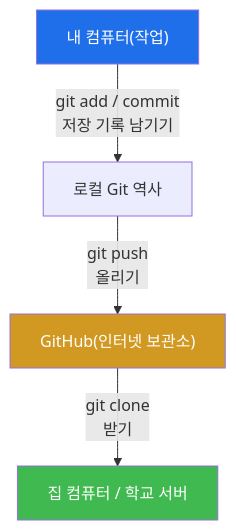
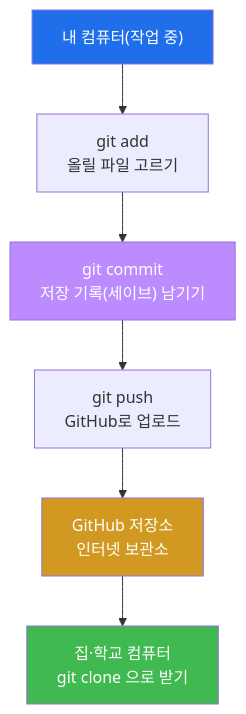
The sixth of 6 diagrams in contents/training/lecture_week02.md (mrgrit/easy_web_hacking_class), drawn with Mermaid before and after one commit. The commit also changed other lines of this file and 23 other files, not shown here.

````diff
--- a/contents/training/lecture_week02.md
+++ b/contents/training/lecture_week02.md
@@ -191,9 +658,15 @@
 ```mermaid
-graph TD
-    A["내 컴퓨터(작업)"] -->|"git add / commit<br/>저장 기록 남기기"| B["로컬 Git 역사"]
-    B -->|"git push<br/>올리기"| C["GitHub(인터넷 보관소)"]
-    C -->|"git clone<br/>받기"| D["집 컴퓨터 / 학교 서버"]
+graph TB
+    A["내 컴퓨터(작업 중)"]
+    B["git add<br/>올릴 파일 고르기"]
+    C["git commit<br/>저장 기록(세이브) 남기기"]
+    D["git push<br/>GitHub로 업로드"]
+    E["GitHub 저장소<br/>인터넷 보관소"]
+    F["집·학교 컴퓨터<br/>git clone 으로 받기"]
+    A --> B --> C --> D --> E
+    E --> F
     style A fill:#1f6feb,color:#fff
-    style C fill:#d29922,color:#fff
-    style D fill:#3fb950,color:#fff
+    style C fill:#bc8cff,color:#fff
+    style E fill:#d29922,color:#fff
+    style F fill:#3fb950,color:#fff
 ```
````
